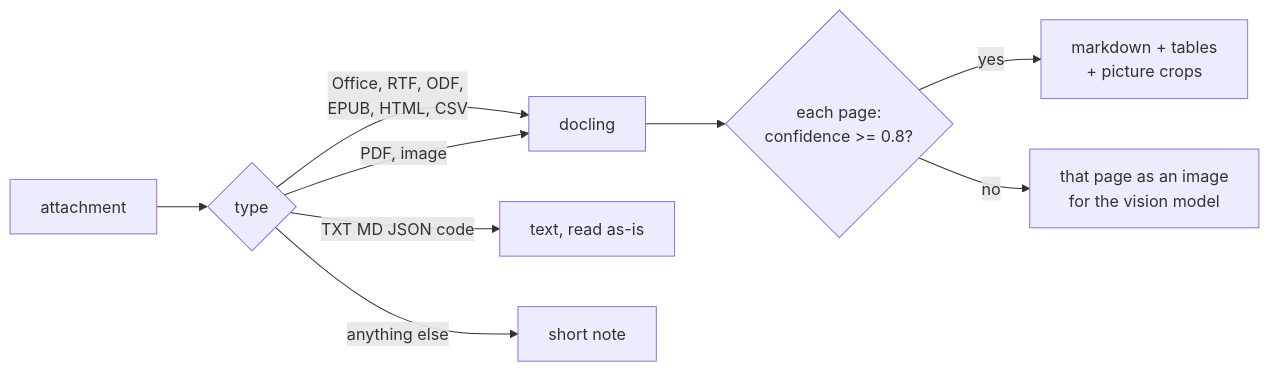
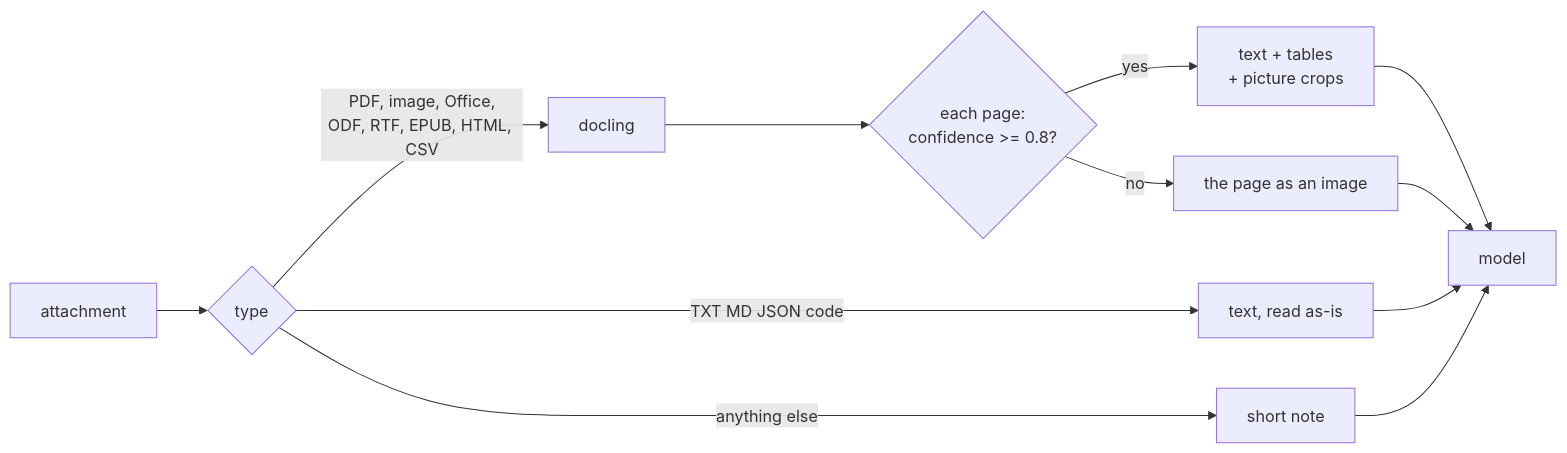
One commit to ctxwise/ai-sdk-docling changed the first of 2 diagrams in README.md. Above: the diagram before and after it, drawn with Mermaid. The commit also changed other lines of this file and 1 other file, not shown here.

Commit message:
docs: rewrite readme around quick start, the hybrid flow and choosing models

````diff
--- a/README.md
+++ b/README.md
@@ -24,11 +91,14 @@
 ```mermaid
 flowchart LR
     A[attachment] --> B{type}
-    B -->|Office, RTF, ODF,<br/>EPUB, HTML, CSV| C[docling]
-    B -->|PDF, image| C
+    B -->|PDF, image, Office,<br/>ODF, RTF, EPUB, HTML, CSV| C[docling]
     B -->|TXT MD JSON code| T[text, read as-is]
     B -->|anything else| N[short note]
     C --> D{each page:<br/>confidence >= 0.8?}
-    D -->|yes| E[markdown + tables<br/>+ picture crops]
-    D -->|no| F[that page as an image<br/>for the vision model]
+    D -->|yes| E[text + tables<br/>+ picture crops]
+    D -->|no| F[the page as an image]
+    E --> M[model]
+    F --> M
+    T --> M
+    N --> M
 ```
````
